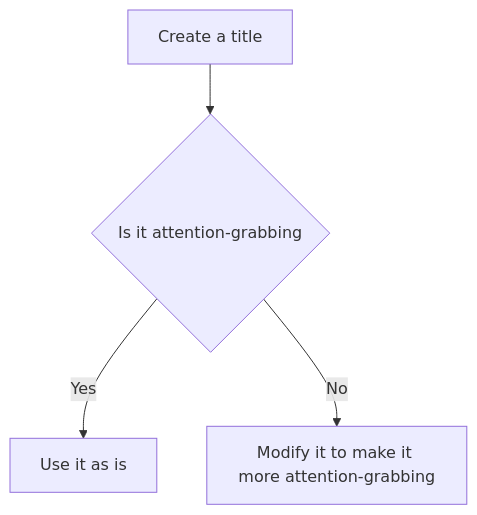
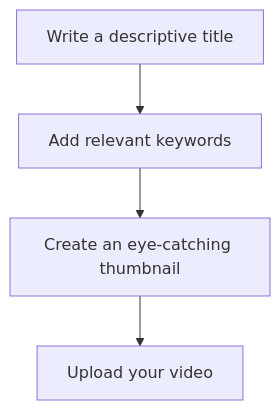
The second of 3 diagrams in src/content/posts/how-to-grow-youtube-channel-from-zero-india.md (rajustambe/creatorkhata-blog), drawn with Mermaid before and after one commit. The commit also changed other lines of this file, not shown here.

````diff
--- a/src/content/posts/how-to-grow-youtube-channel-from-zero-india.md
+++ b/src/content/posts/how-to-grow-youtube-channel-from-zero-india.md
@@ -78,6 +57,6 @@
 ```mermaid
 flowchart TD
-  A[Create a title] --> B{Is it attention-grabbing}
-  B -->|Yes| C[Use it as is]
-  B -->|No| D[Modify it to make it more attention-grabbing]
+  A[Write a descriptive title] --> B[Add relevant keywords]
+  B --> C[Create an eye-catching thumbnail]
+  C --> D[Upload your video]
 ```
````
